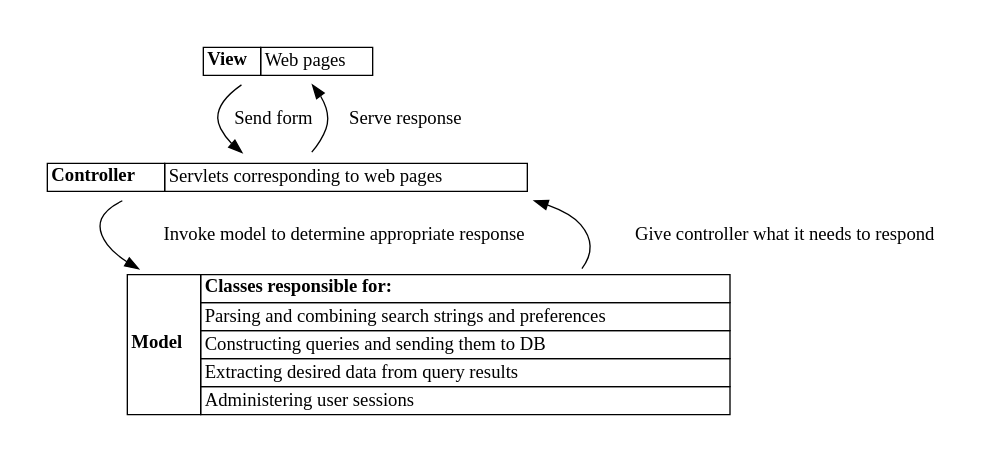
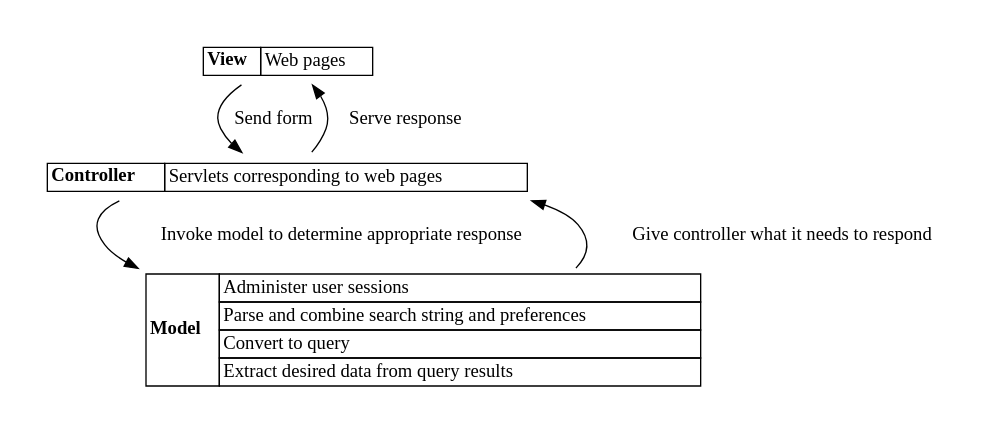
One commit to pnoom/bc-search changed the diagram in docs/graphviz/architecture1.gv. Above: the diagram before and after it, drawn with Graphviz.

Commit message:
Added arrows.

```diff
--- a/docs/graphviz/architecture1.gv
+++ b/docs/graphviz/architecture1.gv
@@ -1,50 +1,49 @@
 // MVC structure
 
 digraph mvc {
   compound = true;
   node [shape=box];
 
   // View
   subgraph cluster0 {
     color = white;
     node [shape=plaintext];
     view [
       label=<
       <table border="0" cellborder="1" cellspacing="0">
 	<tr><td rowspan="1"><b>View</b></td><td align="left" port="1">Web pages</td></tr>
       </table>
       >];
   }
 
   // Controller
   subgraph cluster1 {
     color = white;
     node [shape=plaintext];
     controller [
       label=<
       <table border="0" cellborder="1" cellspacing="0">
 	<tr><td rowspan="1"><b>Controller</b></td><td align="left" port="1">Servlets corresponding to web pages</td></tr>
       </table>
       >];
   }
 
   // Model
   subgraph cluster2 {
     color = white;
     node [shape=plaintext];
     model [
       label=<
       <table border="0" cellborder="1" cellspacing="0">
-	<tr><td rowspan="5"><b>Model</b></td><td align="left"><b>Classes responsible for:</b></td></tr>
-        <tr><td align="left" port="1">Parsing and combining search strings and preferences</td></tr>
-	<tr><td align="left" port="2">Constructing queries and sending them to DB</td></tr>
-	<tr><td align="left" port="3">Extracting desired data from query results</td></tr>
-	<tr><td align="left" port="4">Administering user sessions</td></tr>
+	<tr><td rowspan="4"><b>Model</b></td><td align="left" port="1">Administer user sessions</td></tr>
+	<tr><td align="left" port="2">Parse and combine search string and preferences</td></tr>
+	<tr><td align="left" port="3">Convert to query</td></tr>
+	<tr><td align="left" port="4">Extract desired data from query results</td></tr>
       </table>
       >];
   }
   view -> controller [label="Send form "];
   controller -> view [label="Serve response "];
   controller -> model [label="Invoke model to determine appropriate response "];
   model -> controller [label="Give controller what it needs to respond "];
 }
```
